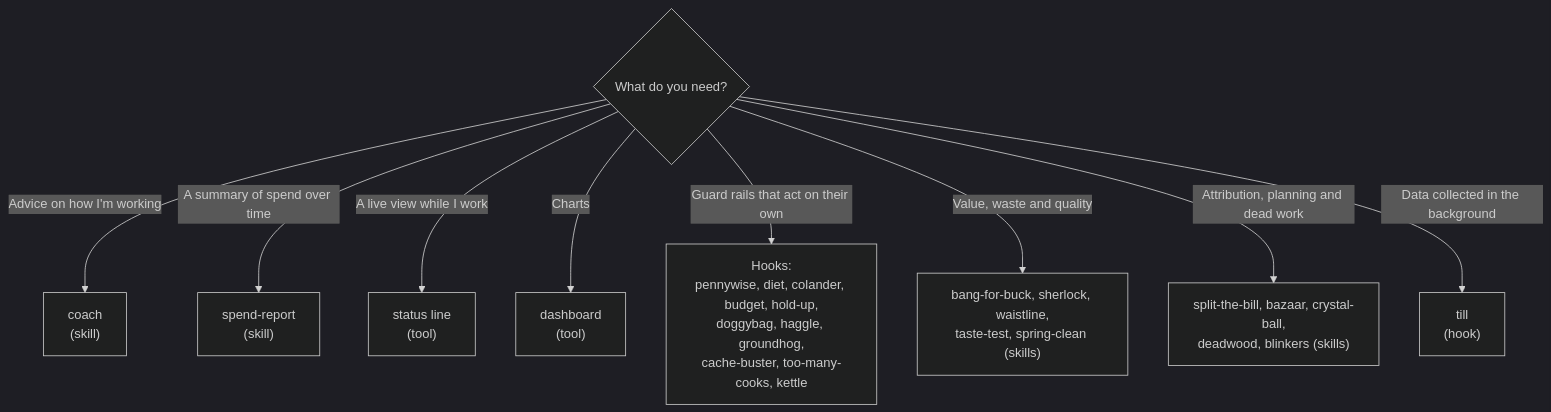
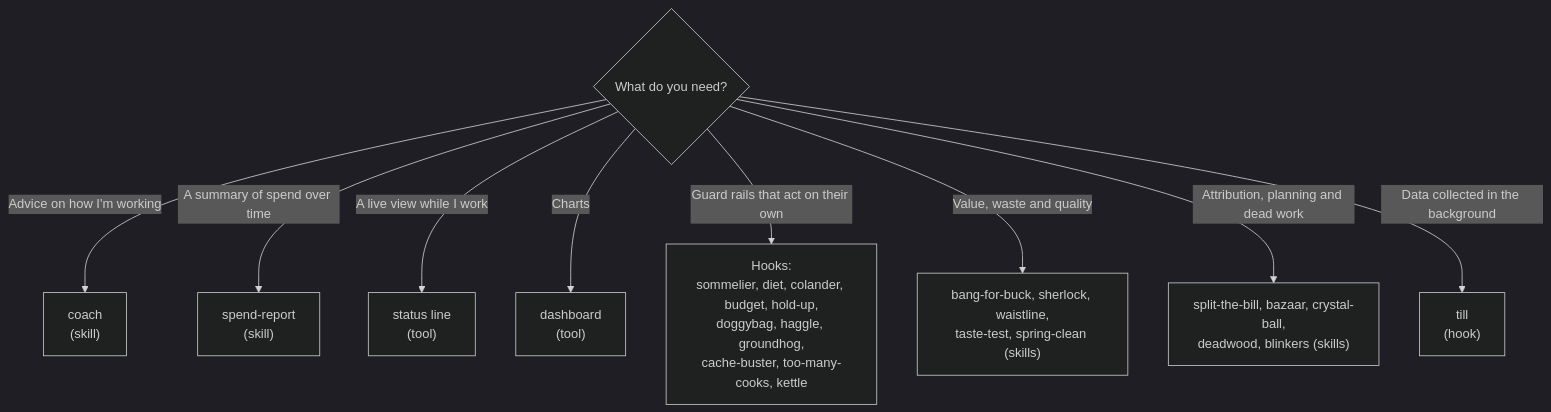
The first of 2 diagrams in docs/skills-tools-and-hooks.md (andrew44/agentarium), drawn with Mermaid (dark theme) before and after one commit. The commit also changed other lines of this file and 56 other files, not shown here.

First line of the commit message:
Rename pennywise to sommelier

````diff
--- a/docs/skills-tools-and-hooks.md
+++ b/docs/skills-tools-and-hooks.md
@@ -62,11 +62,11 @@
 ```mermaid
 flowchart TD
     Q{"What do you need?"} -->|"Advice on how I'm working"| CF["coach<br/>(skill)"]
     Q -->|"A summary of spend over time"| SR["spend-report<br/>(skill)"]
     Q -->|"A live view while I work"| SB["status line<br/>(tool)"]
     Q -->|"Charts"| DB["dashboard<br/>(tool)"]
-    Q -->|"Guard rails that act on their own"| H["Hooks:<br/>pennywise, diet, colander, budget, hold-up,<br/>doggybag, haggle, groundhog,<br/>cache-buster, too-many-cooks, kettle"]
+    Q -->|"Guard rails that act on their own"| H["Hooks:<br/>sommelier, diet, colander, budget, hold-up,<br/>doggybag, haggle, groundhog,<br/>cache-buster, too-many-cooks, kettle"]
     Q -->|"Value, waste and quality"| V["bang-for-buck, sherlock, waistline,<br/>taste-test, spring-clean (skills)"]
     Q -->|"Attribution, planning and dead work"| I["split-the-bill, bazaar, crystal-ball,<br/>deadwood, blinkers (skills)"]
     Q -->|"Data collected in the background"| SL["till<br/>(hook)"]
 ```
````
